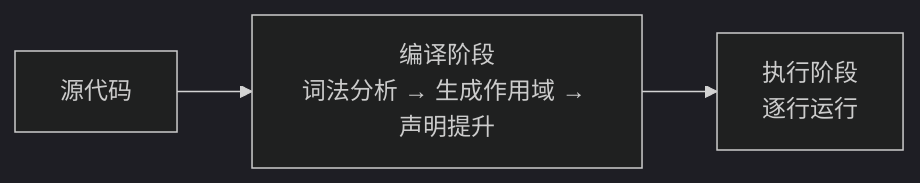
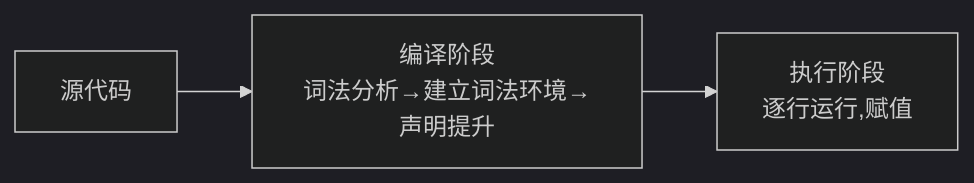
The first of 3 diagrams in frontend-knowledge-base/卷一-JavaScript语言内核/1.2-作用域与闭包.md (inspire-man/frontend-knowledge-base), drawn with Mermaid (dark theme) before and after one commit. The commit also changed other lines of this file and 1 other file, not shown here.

````diff
--- a/frontend-knowledge-base/卷一-JavaScript语言内核/1.2-作用域与闭包.md
+++ b/frontend-knowledge-base/卷一-JavaScript语言内核/1.2-作用域与闭包.md
@@ -18,5 +16,5 @@
 ```mermaid
 flowchart LR
-    A[源代码] --> B[编译阶段<br/>词法分析 → 生成作用域 → 声明提升]
-    B --> C[执行阶段<br/>逐行运行]
+    A[源代码] --> B[编译阶段<br/>词法分析→建立词法环境→声明提升]
+    B --> C[执行阶段<br/>逐行运行,赋值]
 ```
````
